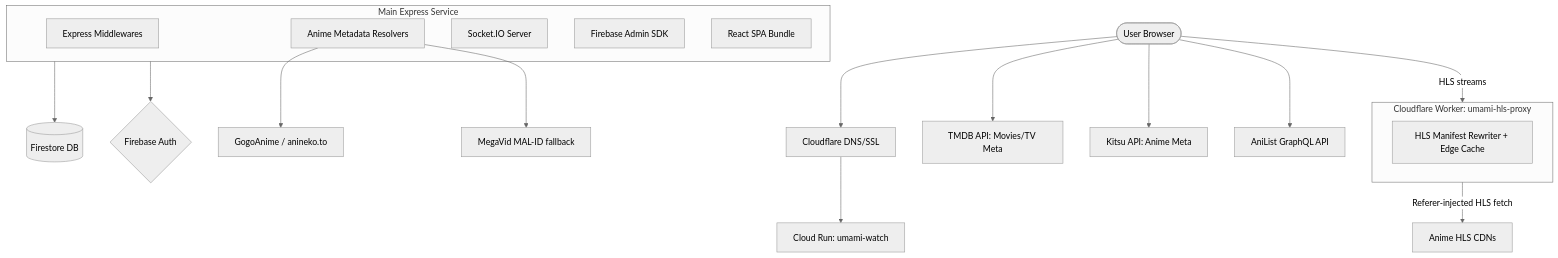
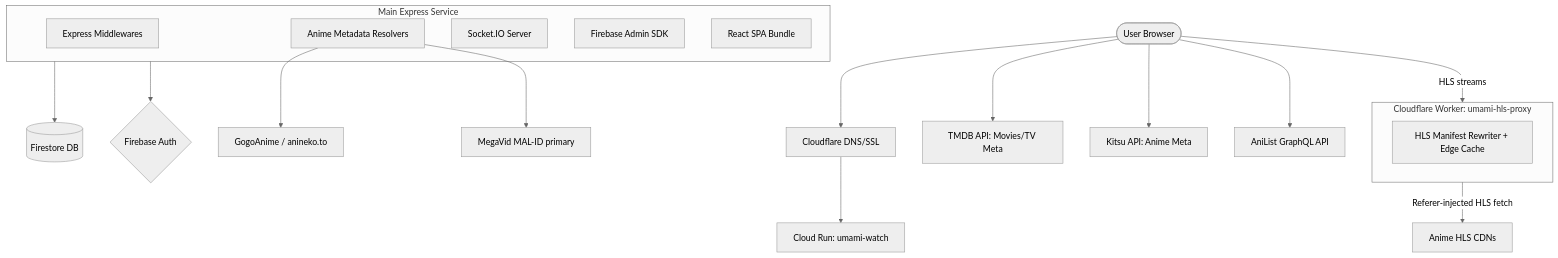
Before and after one commit to kiiro-tenshi/umami-watch: the first of 2 diagrams in README.md, drawn with Mermaid (neutral theme). The commit also changed other lines of this file and 7 other files, not shown here.

````diff
--- a/README.md
+++ b/README.md
@@ -14,28 +14,28 @@
 ```mermaid
 graph TD
     User([User Browser]) --> CF[Cloudflare DNS/SSL]
     CF --> CR_Main[Cloud Run: umami-watch]
 
     subgraph CR_Main_Sub [Main Express Service]
         Express[Express Middlewares]
         AnimeResolver[Anime Metadata Resolvers]
         SocketIO[Socket.IO Server]
         AdminSDK[Firebase Admin SDK]
         Frontend[React SPA Bundle]
     end
 
     subgraph CFWorker [Cloudflare Worker: umami-hls-proxy]
         HLS_Worker[HLS Manifest Rewriter + Edge Cache]
     end
 
     CR_Main_Sub --> Firestore[(Firestore DB)]
     CR_Main_Sub --> Auth{Firebase Auth}
 
     User -->|HLS streams| CFWorker
     CFWorker -->|Referer-injected HLS fetch| AnimeCDN[Anime HLS CDNs]
     AnimeResolver --> GogoAnime[GogoAnime / anineko.to]
-    AnimeResolver --> MegaVid[MegaVid MAL-ID fallback]
+    AnimeResolver --> MegaVid[MegaVid MAL-ID primary]
     User --> TMDB[TMDB API: Movies/TV Meta]
     User --> Kitsu[Kitsu API: Anime Meta]
     User --> AniList[AniList GraphQL API]
 ```
````
